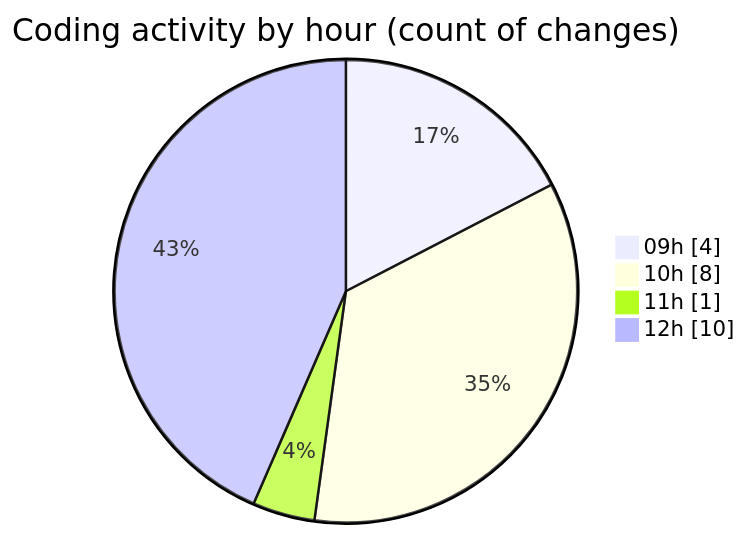
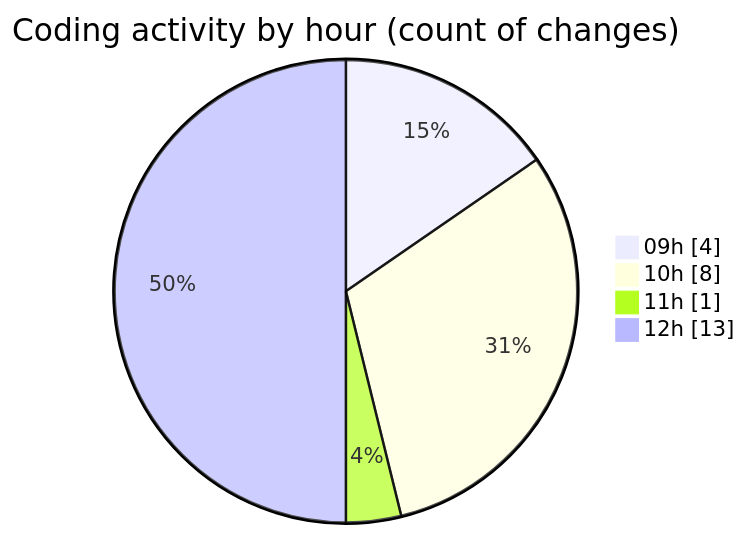
One commit to nxtqubesakshisongat/code-tracking changed the second of 2 diagrams in 2026-02-18/nxtqube_webapp/README.md. Above: the diagram before and after it, drawn with Mermaid. The commit also changed other lines of this file and 1 other file, not shown here.

````diff
--- a/2026-02-18/nxtqube_webapp/README.md
+++ b/2026-02-18/nxtqube_webapp/README.md
@@ -34,8 +34,8 @@
 ```mermaid
 pie showData
 title Coding activity by hour (count of changes)
 "09h" : 4
 "10h" : 8
 "11h" : 1
-"12h" : 10
+"12h" : 13
 ```
````
